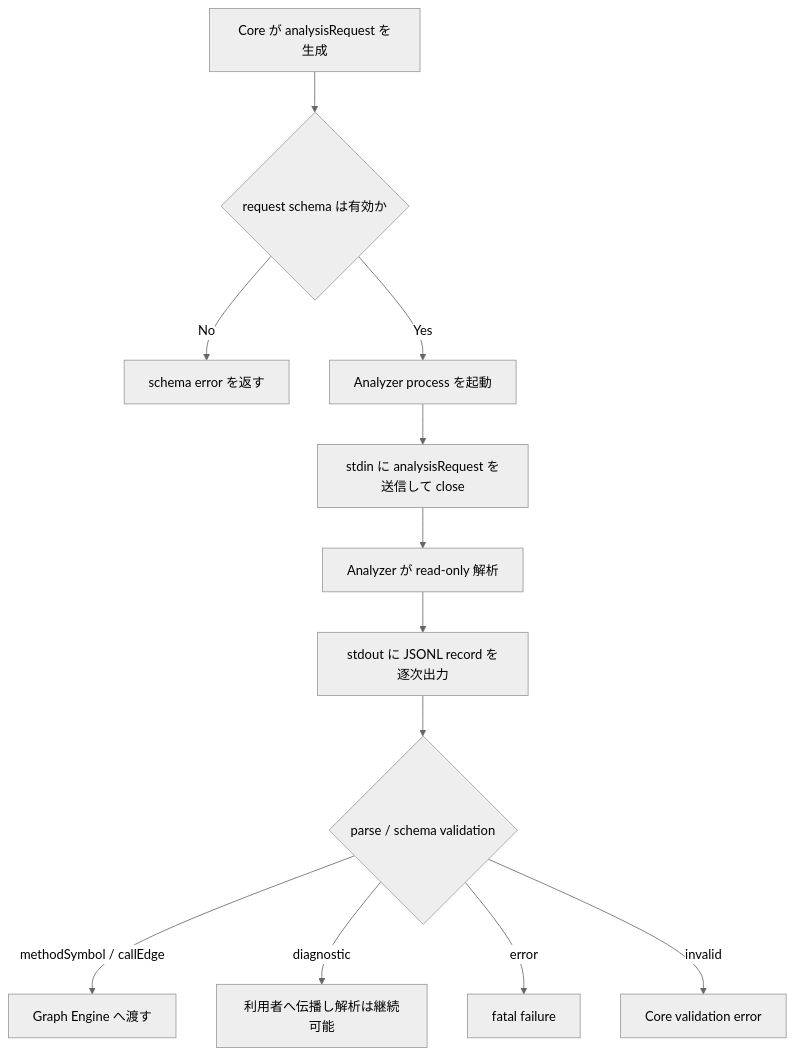
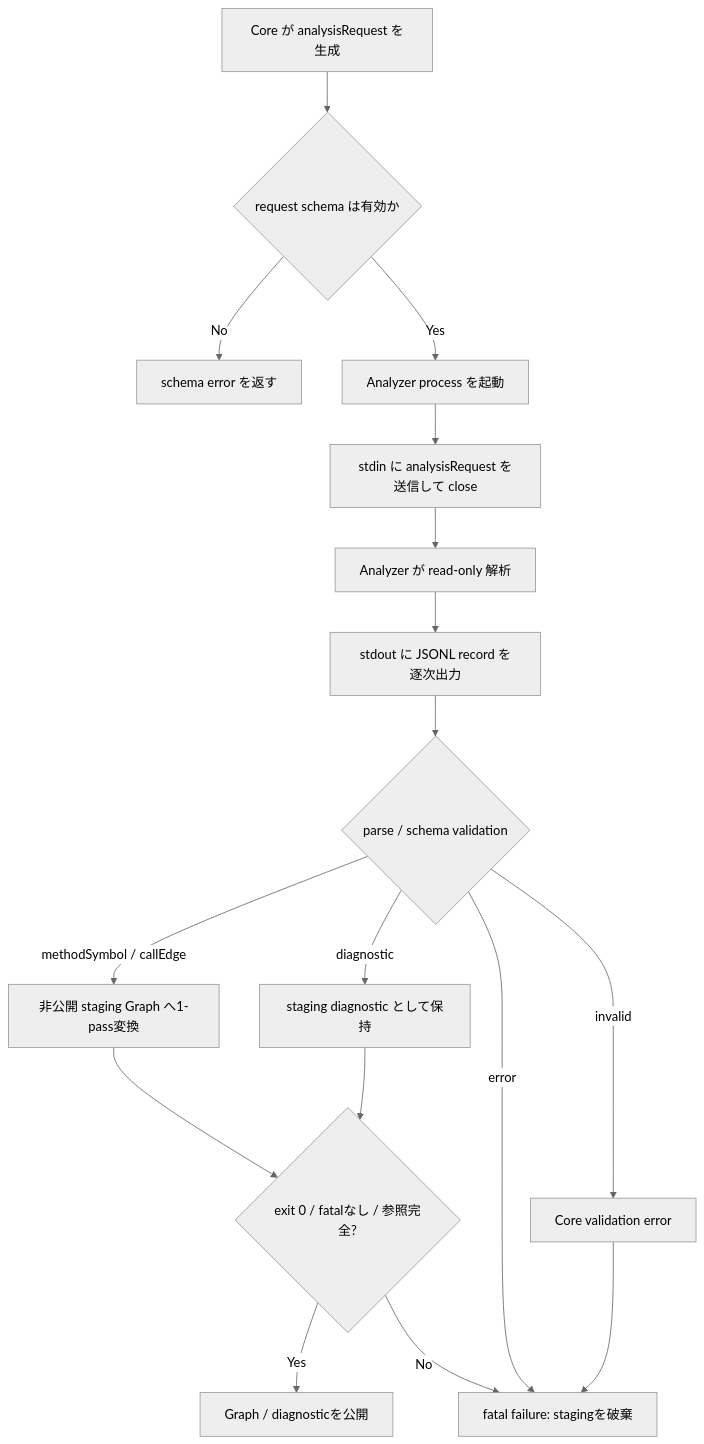
The second of 2 diagrams in design/features/analyzer-protocol/DesignDoc_analyzer-protocol.md (Fukuemon/depwalk), drawn with Mermaid (neutral theme) before and after one commit. The commit also changed other lines of this file and 14 other files, not shown here.

````diff
--- a/design/features/analyzer-protocol/DesignDoc_analyzer-protocol.md
+++ b/design/features/analyzer-protocol/DesignDoc_analyzer-protocol.md
@@ -164,14 +171,19 @@
 ```mermaid
 flowchart TD
     A["Core が analysisRequest を生成"] --> B{"request schema は有効か"}
     B -- "No" --> C["schema error を返す"]
     B -- "Yes" --> D["Analyzer process を起動"]
     D --> E["stdin に analysisRequest を送信して close"]
     E --> F["Analyzer が read-only 解析"]
     F --> G["stdout に JSONL record を逐次出力"]
     G --> H{"parse / schema validation"}
-    H -- "methodSymbol / callEdge" --> I["Graph Engine へ渡す"]
-    H -- "diagnostic" --> J["利用者へ伝播し解析は継続可能"]
-    H -- "error" --> K["fatal failure"]
+    H -- "methodSymbol / callEdge" --> I["非公開 staging Graph へ1-pass変換"]
+    H -- "diagnostic" --> J["staging diagnostic として保持"]
+    H -- "error" --> K["fatal failure: stagingを破棄"]
     H -- "invalid" --> L["Core validation error"]
+    L --> K
+    I --> M{"exit 0 / fatalなし / 参照完全?"}
+    J --> M
+    M -- "Yes" --> N["Graph / diagnosticを公開"]
+    M -- "No" --> K
 ```
````
